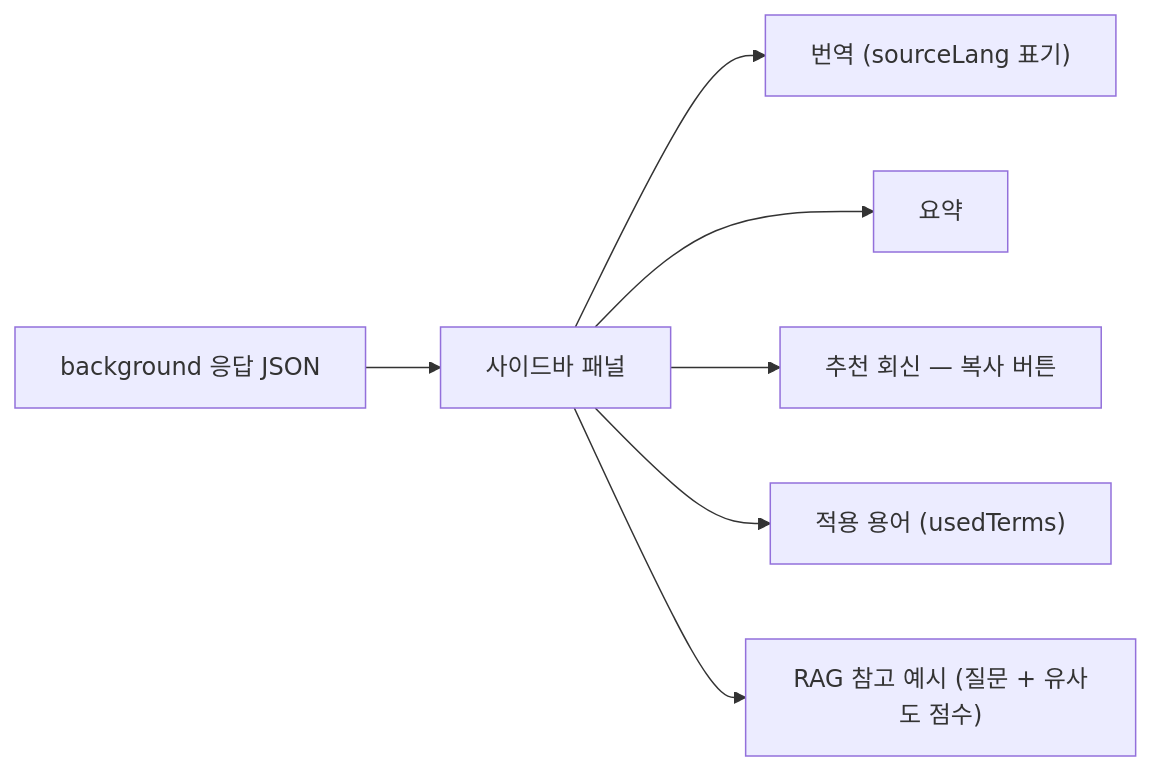
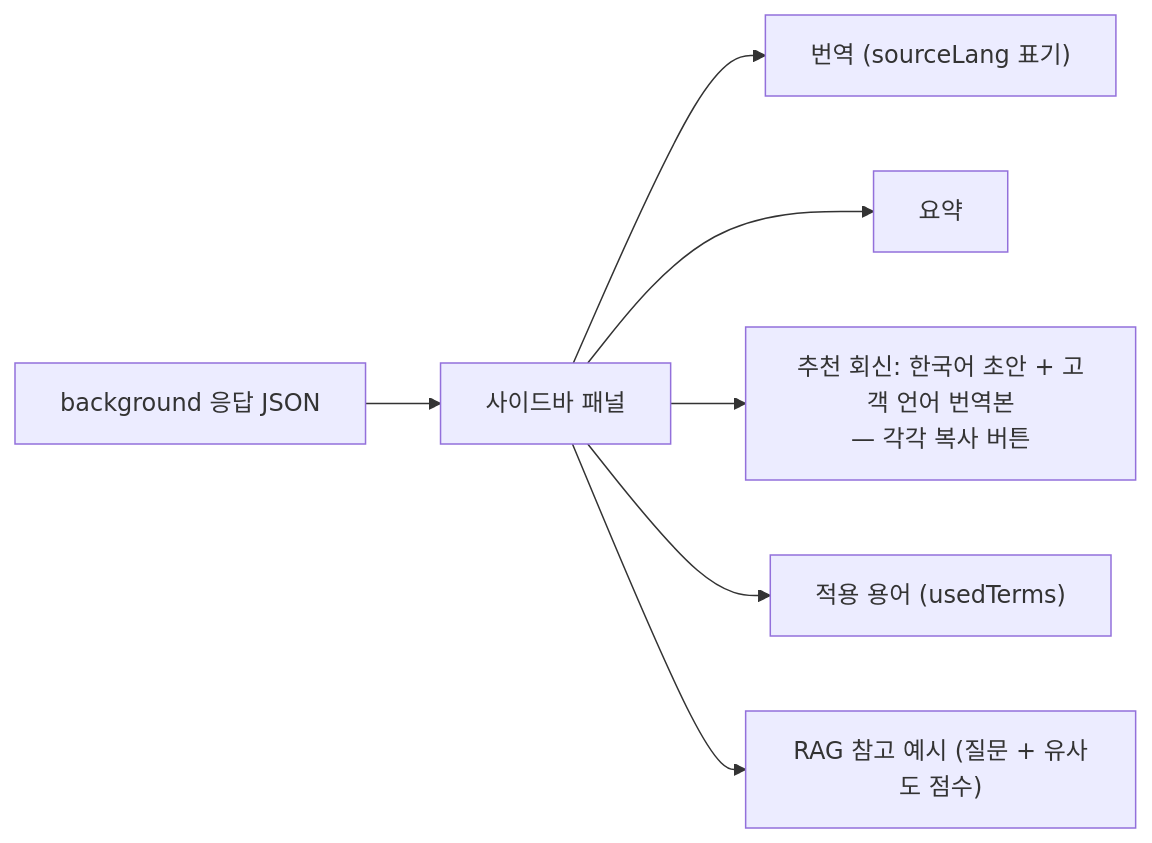
One commit to DevMinGeonPark/cs-translation-gpt changed the third of 3 diagrams in README.md. Above: the diagram before and after it, drawn with Mermaid. The commit also changed other lines of this file and 2 other files, not shown here.

First line of the commit message:
feat: 회신을 한국어 초안 + 고객 언어 번역본으로 분리 제공

````diff
--- a/README.md
+++ b/README.md
@@ -87,9 +87,9 @@
 ```mermaid
 flowchart LR
     Data[background 응답 JSON] --> P[사이드바 패널]
     P --> T["번역 (sourceLang 표기)"]
     P --> S[요약]
-    P --> R["추천 회신 — 복사 버튼"]
+    P --> R["추천 회신: 한국어 초안 + 고객 언어 번역본<br/>— 각각 복사 버튼"]
     P --> U["적용 용어 (usedTerms)"]
     P --> X["RAG 참고 예시 (질문 + 유사도 점수)"]
 ```
````
